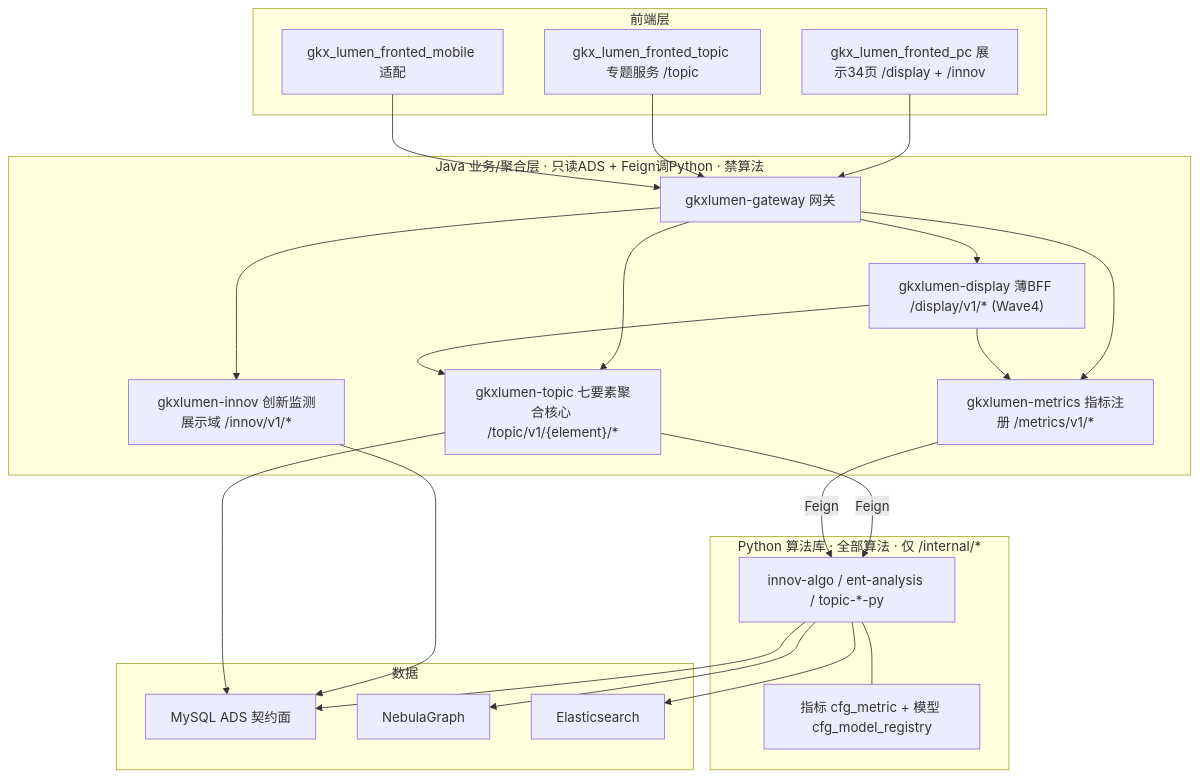
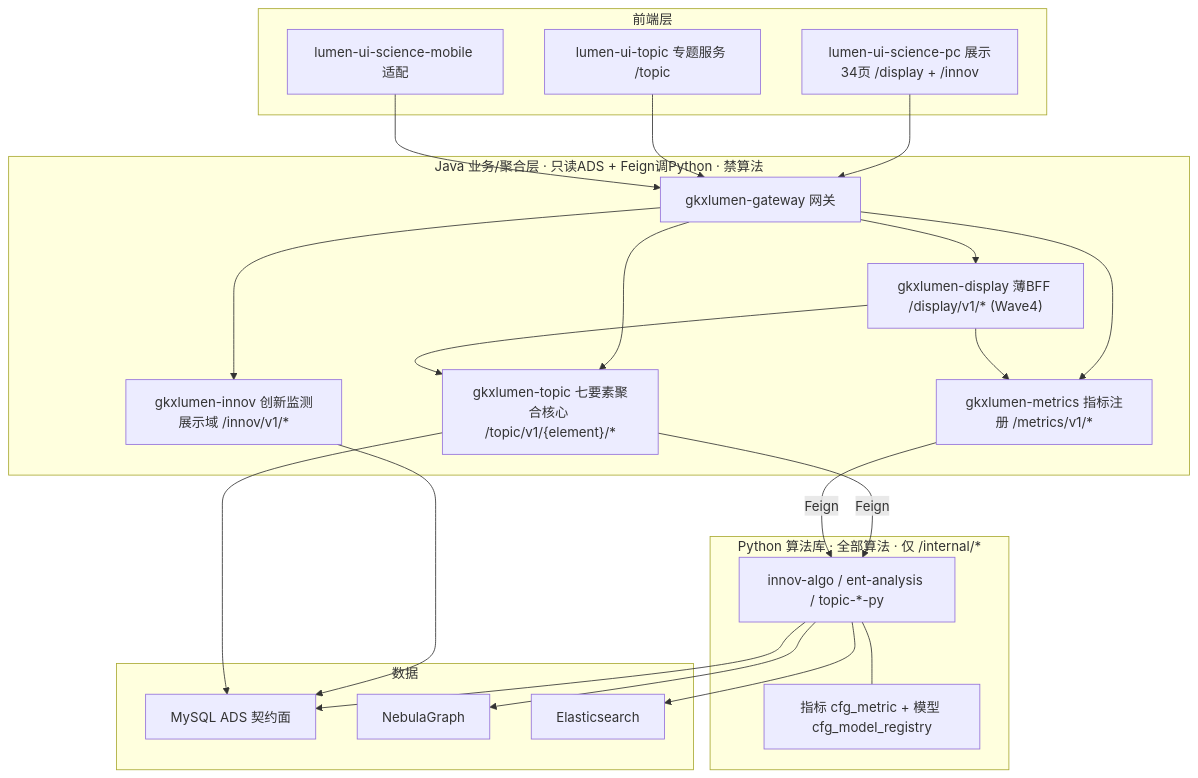
The diagram in agent-delivery/architecture-baseline.md (Marisolebxf/-), drawn with Mermaid before and after one commit. The commit also changed other lines of this file and 60 other files, not shown here.

First line of the commit message:
[agent:architect] A 类内部债务清理：路径真源统一 + 手册章节号回正

````diff
--- a/agent-delivery/architecture-baseline.md
+++ b/agent-delivery/architecture-baseline.md
@@ -14,41 +14,41 @@
 ```mermaid
 flowchart TB
   subgraph fe [前端层]
-    PC["gkx_lumen_fronted_pc 展示34页 /display + /innov"]
-    TOPIC["gkx_lumen_fronted_topic 专题服务 /topic"]
-    MOB["gkx_lumen_fronted_mobile 适配"]
+    PC["lumen-ui-science-pc 展示34页 /display + /innov"]
+    TOPIC["lumen-ui-topic 专题服务 /topic"]
+    MOB["lumen-ui-science-mobile 适配"]
   end
   subgraph java [Java 业务/聚合层 · 只读ADS + Feign调Python · 禁算法]
     GW["gkxlumen-gateway 网关"]
     TOPICAPI["gkxlumen-topic 七要素聚合核心 /topic/v1/{element}/*"]
     METRICS["gkxlumen-metrics 指标注册 /metrics/v1/*"]
     INNOV["gkxlumen-innov 创新监测展示域 /innov/v1/*"]
     BFF["gkxlumen-display 薄BFF /display/v1/* (Wave4)"]
   end
   subgraph py [Python 算法库 · 全部算法 · 仅 /internal/*]
     PYALGO["innov-algo / ent-analysis / topic-*-py"]
     REG["指标 cfg_metric + 模型 cfg_model_registry"]
   end
   subgraph data [数据]
     ADS["MySQL ADS 契约面"]
     NEB["NebulaGraph"]
     ES["Elasticsearch"]
   end
   PC --> GW
   TOPIC --> GW
   MOB --> GW
   GW --> TOPICAPI
   GW --> METRICS
   GW --> INNOV
   GW --> BFF
   BFF --> TOPICAPI
   BFF --> METRICS
   TOPICAPI -->|Feign| PYALGO
   METRICS -->|Feign| PYALGO
   INNOV --> ADS
   TOPICAPI --> ADS
   PYALGO --> ADS
   PYALGO --> NEB
   PYALGO --> ES
   PYALGO --- REG
 ```
````
